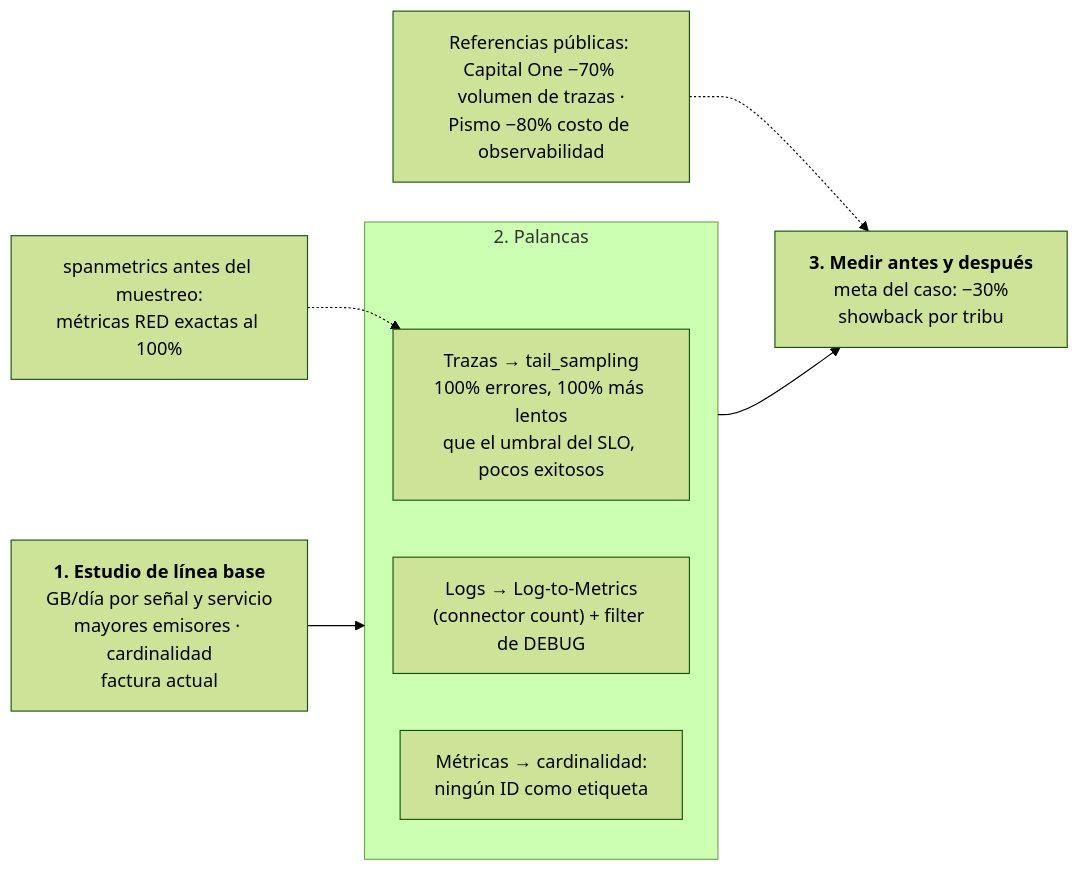
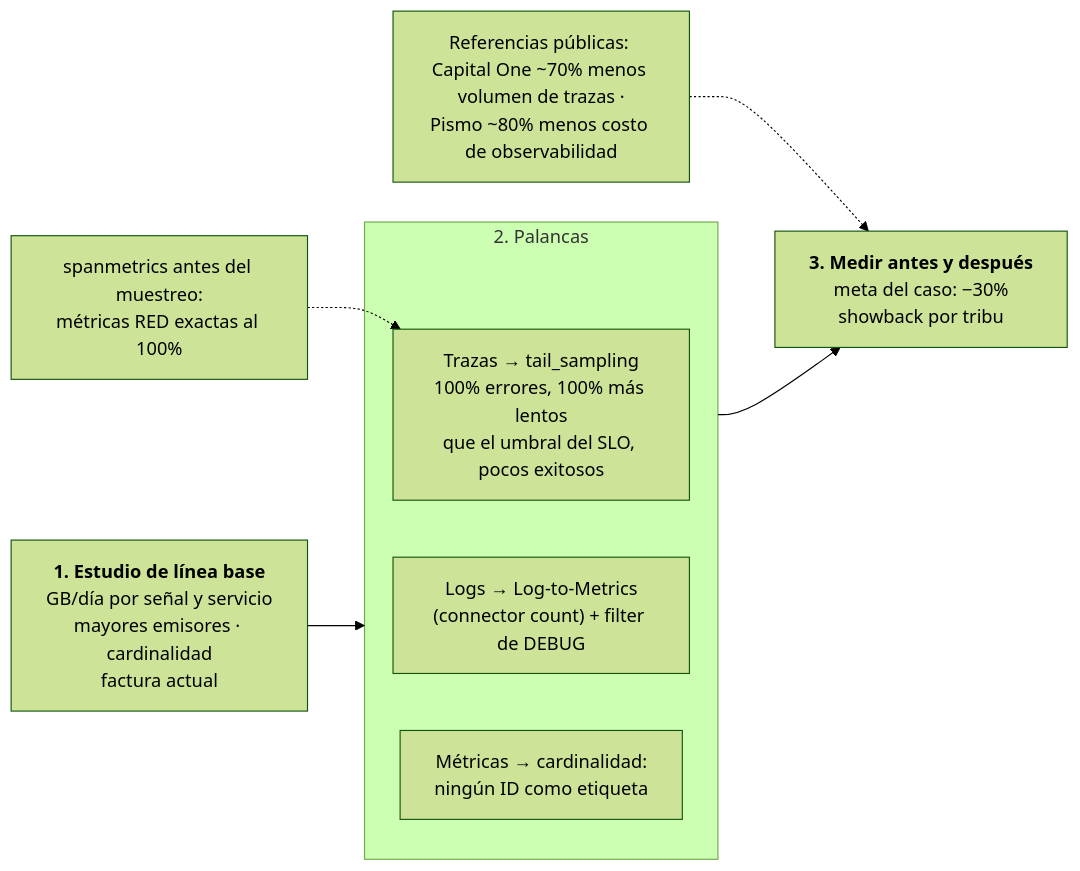
Before and after one commit to locosebas/necesidadesYGrafos: the seventh of 12 diagrams in devops-senior/temas/25-davivienda-sre-observabilidad/presentacion-libreto.md, drawn with Mermaid (forest theme). The commit also changed other lines of this file, not shown here.

````diff
--- a/devops-senior/temas/25-davivienda-sre-observabilidad/presentacion-libreto.md
+++ b/devops-senior/temas/25-davivienda-sre-observabilidad/presentacion-libreto.md
@@ -475,13 +511,13 @@
 ```mermaid
 flowchart LR
     estudio["<b>1. Estudio de línea base</b><br/>GB/día por señal y servicio<br/>mayores emisores · cardinalidad<br/>factura actual"]
     subgraph palancas["2. Palancas"]
         trazas["Trazas → tail_sampling<br/>100% errores, 100% más lentos<br/>que el umbral del SLO, pocos exitosos"]
         logs["Logs → Log-to-Metrics<br/>(connector count) + filter de DEBUG"]
         metricas["Métricas → cardinalidad:<br/>ningún ID como etiqueta"]
     end
     medir["<b>3. Medir antes y después</b><br/>meta del caso: −30%<br/>showback por tribu"]
     estudio --> palancas --> medir
     spanm["spanmetrics antes del muestreo:<br/>métricas RED exactas al 100%"] -.-> trazas
-    refs["Referencias públicas: Capital One −70% volumen de trazas ·<br/>Pismo −80% costo de observabilidad"] -.-> medir
+    refs["Referencias públicas: Capital One ~70% menos volumen de trazas ·<br/>Pismo ~80% menos costo de observabilidad"] -.-> medir
 ```
````
